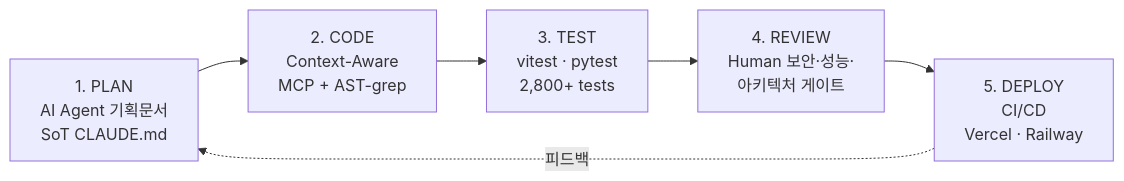
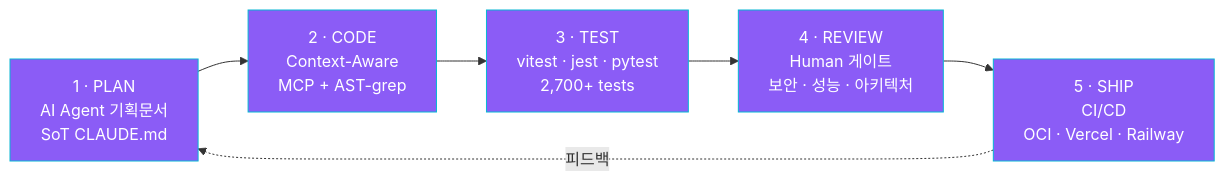
Before and after one commit to doublesilver/doublesilver: the diagram in README.md, drawn with Mermaid. The commit also changed other lines of this file, not shown here.

First line of the commit message:
docs: 프로필 README 리브랜딩 (capsule 배너·타이핑·details 카드·activity graph)

````diff
--- a/README.md
+++ b/README.md
@@ -271,8 +288,10 @@
 ```mermaid
 flowchart LR
-    P[1. PLAN<br/>AI Agent 기획문서<br/>SoT CLAUDE.md] --> C[2. CODE<br/>Context-Aware<br/>MCP + AST-grep]
-    C --> T[3. TEST<br/>vitest · pytest<br/>2,800+ tests]
-    T --> R[4. REVIEW<br/>Human 보안·성능·<br/>아키텍처 게이트]
-    R --> D[5. DEPLOY<br/>CI/CD<br/>Vercel · Railway]
-    D -.피드백.-> P
+    P["1 · PLAN<br/>AI Agent 기획문서<br/>SoT CLAUDE.md"] --> C["2 · CODE<br/>Context-Aware<br/>MCP + AST-grep"]
+    C --> T["3 · TEST<br/>vitest · jest · pytest<br/>2,700+ tests"]
+    T --> R["4 · REVIEW<br/>Human 게이트<br/>보안 · 성능 · 아키텍처"]
+    R --> D["5 · SHIP<br/>CI/CD<br/>OCI · Vercel · Railway"]
+    D -. 피드백 .-> P
+    classDef s fill:#8B5CF6,stroke:#06B6D4,color:#fff;
+    class P,C,T,R,D s;
 ```
````
